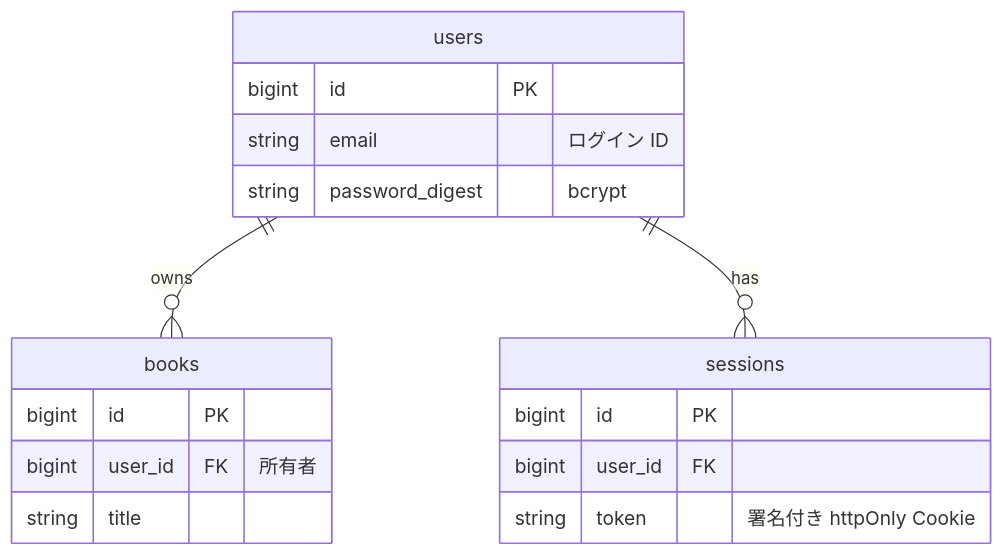
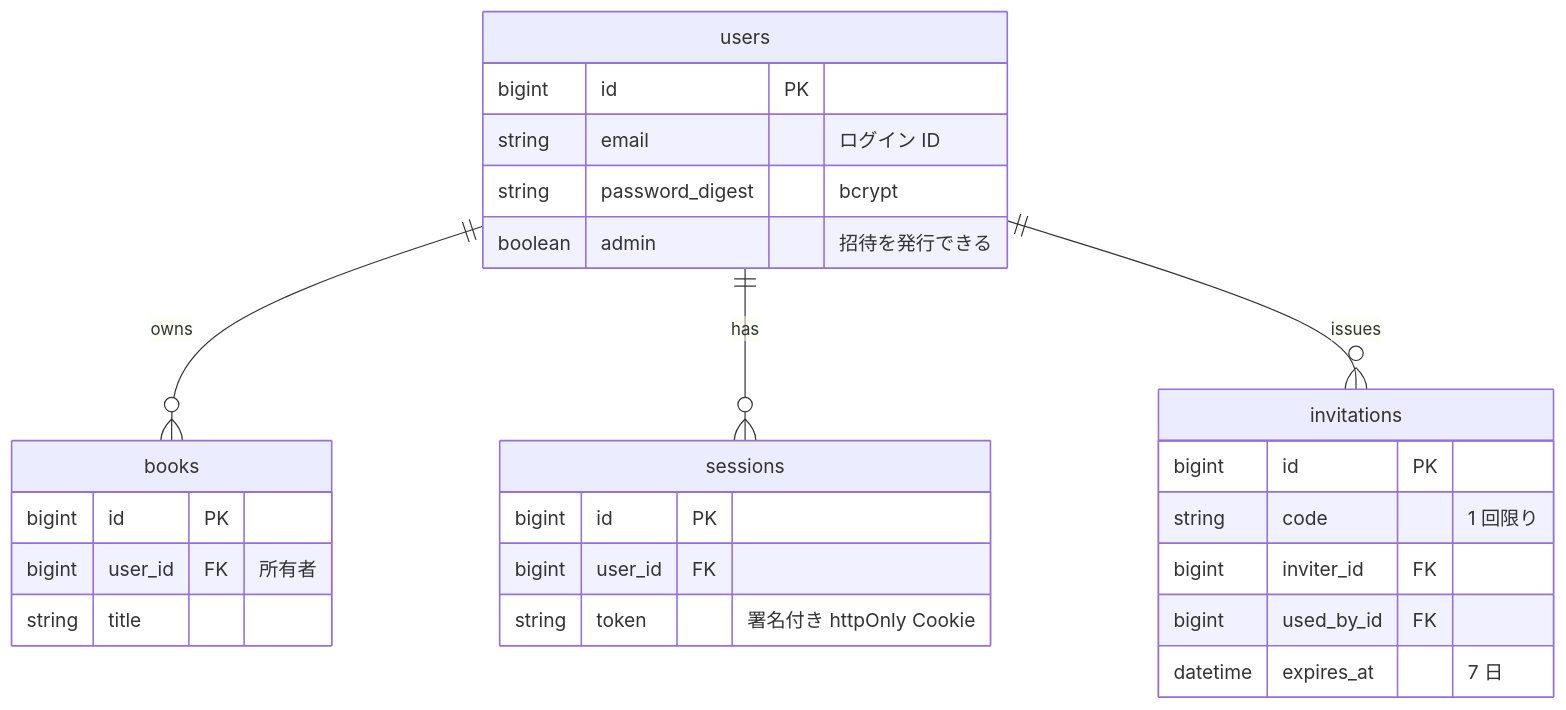
Before and after one commit to adamaru-code/reading-board: the fourth of 7 diagrams in docs/basic-design.md, drawn with Mermaid. The commit also changed other lines of this file and 21 other files, not shown here.

````diff
--- a/docs/basic-design.md
+++ b/docs/basic-design.md
@@ -100,20 +100,29 @@
 ```mermaid
 erDiagram
     users ||--o{ books : "owns"
     users ||--o{ sessions : "has"
+    users ||--o{ invitations : "issues"
     users {
         bigint id PK
         string email "ログイン ID"
         string password_digest "bcrypt"
+        boolean admin "招待を発行できる"
+    }
+    invitations {
+        bigint id PK
+        string code "1 回限り"
+        bigint inviter_id FK
+        bigint used_by_id FK
+        datetime expires_at "7 日"
     }
     sessions {
         bigint id PK
         bigint user_id FK
         string token "署名付き httpOnly Cookie"
     }
     books {
         bigint id PK
         bigint user_id FK "所有者"
         string title
     }
 ```
````
